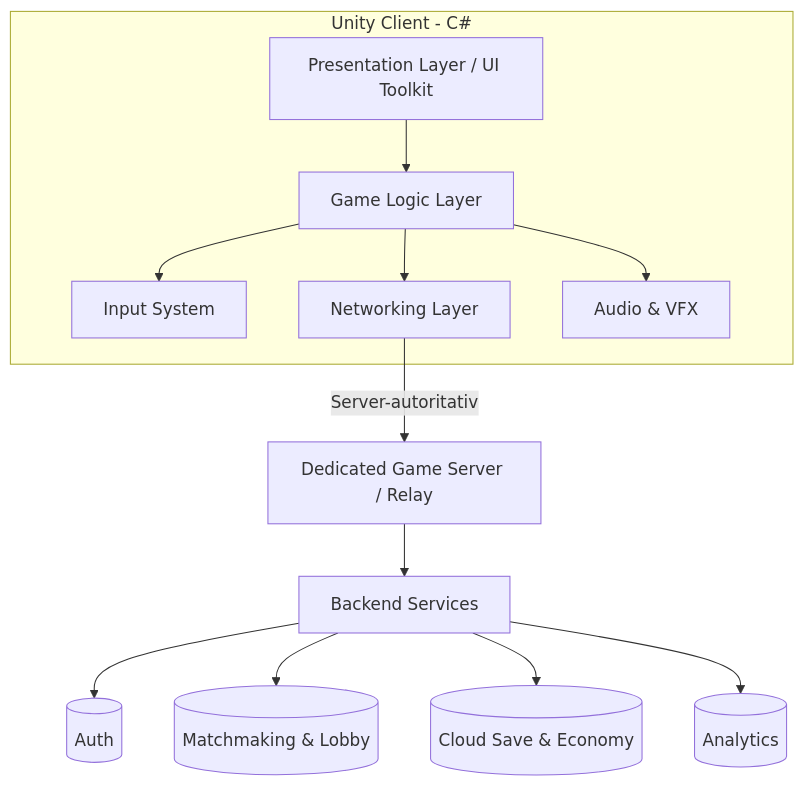
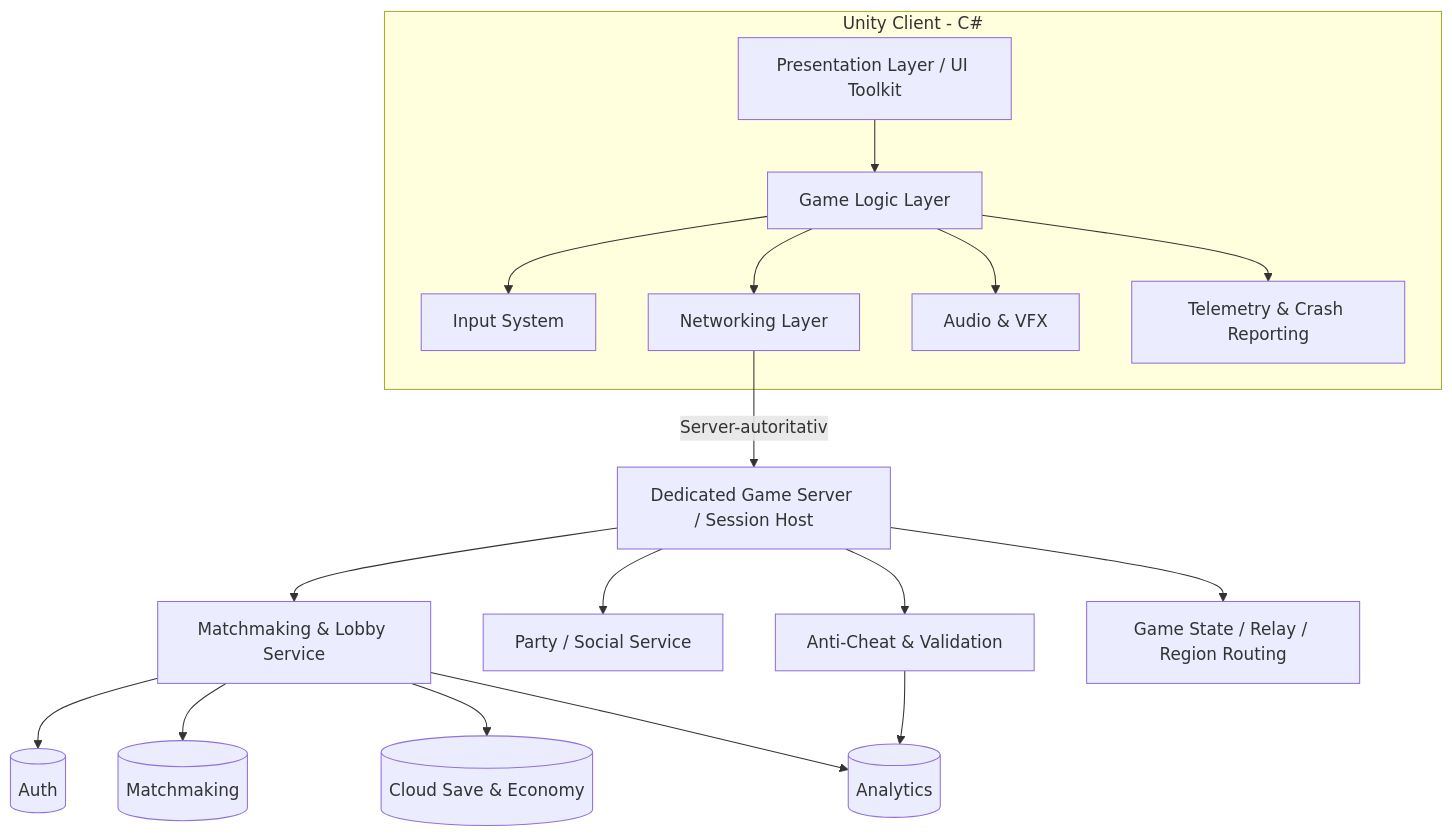
The diagram in anforderung.md (omarfourati-dev/paint-ball-game), drawn with Mermaid before and after one commit. The commit also changed other lines of this file and 27 other files, not shown here.

````diff
--- a/anforderung.md
+++ b/anforderung.md
@@ -321,15 +335,20 @@
 ```mermaid
 graph TD
     subgraph Client [Unity Client - C#]
         A[Presentation Layer / UI Toolkit] --> B[Game Logic Layer]
         B --> C[Input System]
         B --> D[Networking Layer]
         B --> E[Audio & VFX]
+        B --> F[Telemetry & Crash Reporting]
     end
-    D -->|Server-autoritativ| F[Dedicated Game Server / Relay]
-    F --> G[Backend Services]
-    G --> H[(Auth)]
-    G --> I[(Matchmaking & Lobby)]
-    G --> J[(Cloud Save & Economy)]
-    G --> K[(Analytics)]
+    D -->|Server-autoritativ| G[Dedicated Game Server / Session Host]
+    G --> H[Matchmaking & Lobby Service]
+    G --> I[Party / Social Service]
+    G --> J[Anti-Cheat & Validation]
+    G --> K[Game State / Relay / Region Routing]
+    H --> L[(Auth)]
+    H --> M[(Matchmaking)]
+    H --> N[(Cloud Save & Economy)]
+    H --> O[(Analytics)]
+    J --> O
 ```
````
